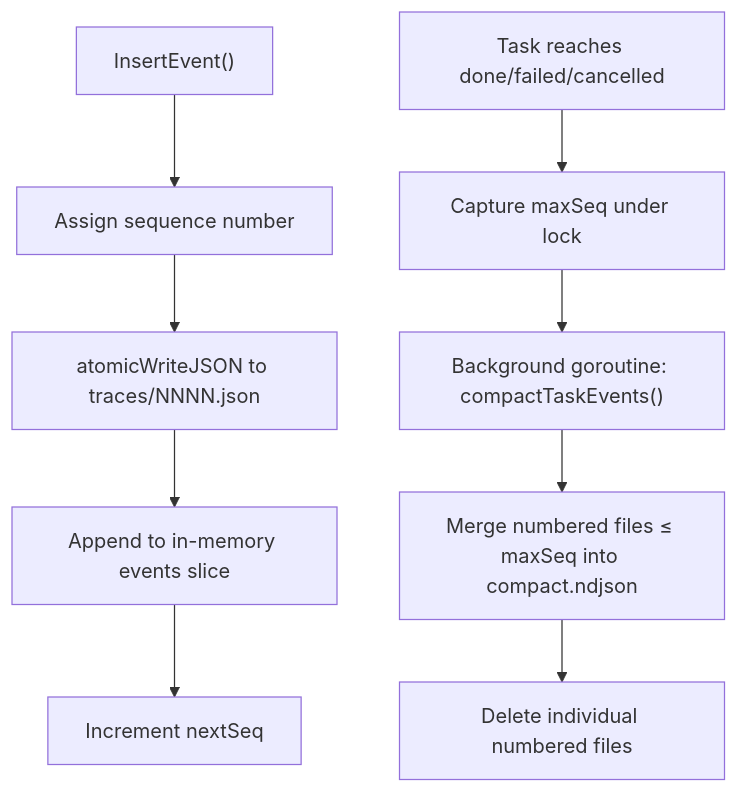
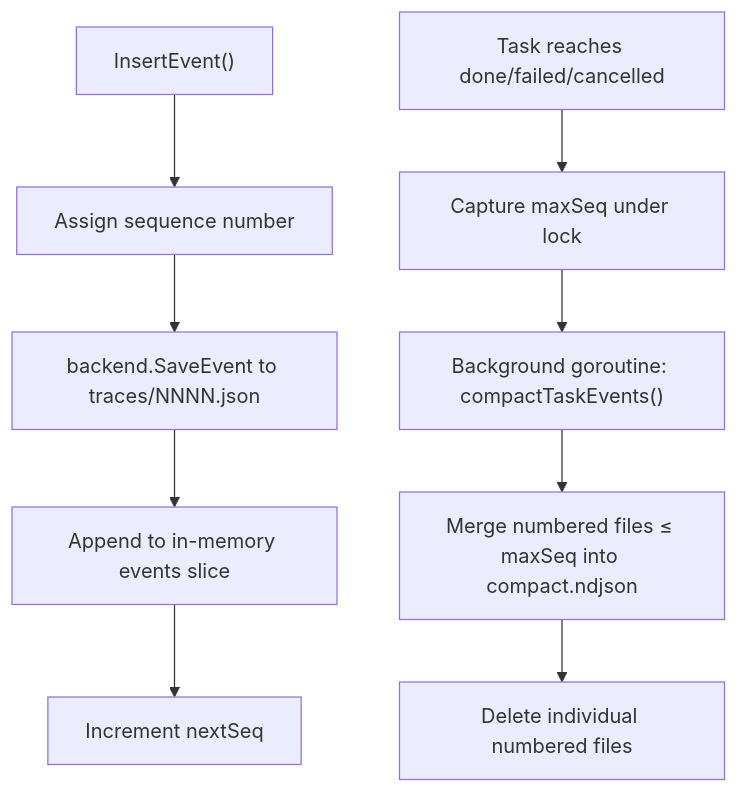
One commit to changkun/wallfacer changed the second of 3 diagrams in docs/internals/data-and-storage.md. Above: the diagram before and after it, drawn with Mermaid. The commit also changed other lines of this file, not shown here.

First line of the commit message:
docs(internals): harness.ID, StorageBackend seam, principal fields

````diff
--- a/docs/internals/data-and-storage.md
+++ b/docs/internals/data-and-storage.md
@@ -439,11 +499,11 @@
 ```mermaid
 flowchart TD
     A["InsertEvent()"] --> B["Assign sequence number"]
-    B --> C["atomicWriteJSON to traces/NNNN.json"]
+    B --> C["backend.SaveEvent to traces/NNNN.json"]
     C --> D["Append to in-memory events slice"]
     D --> E["Increment nextSeq"]
     F["Task reaches done/failed/cancelled"] --> G["Capture maxSeq under lock"]
     G --> H["Background goroutine: compactTaskEvents()"]
     H --> I["Merge numbered files ≤ maxSeq into compact.ndjson"]
     I --> J["Delete individual numbered files"]
 ```
````
